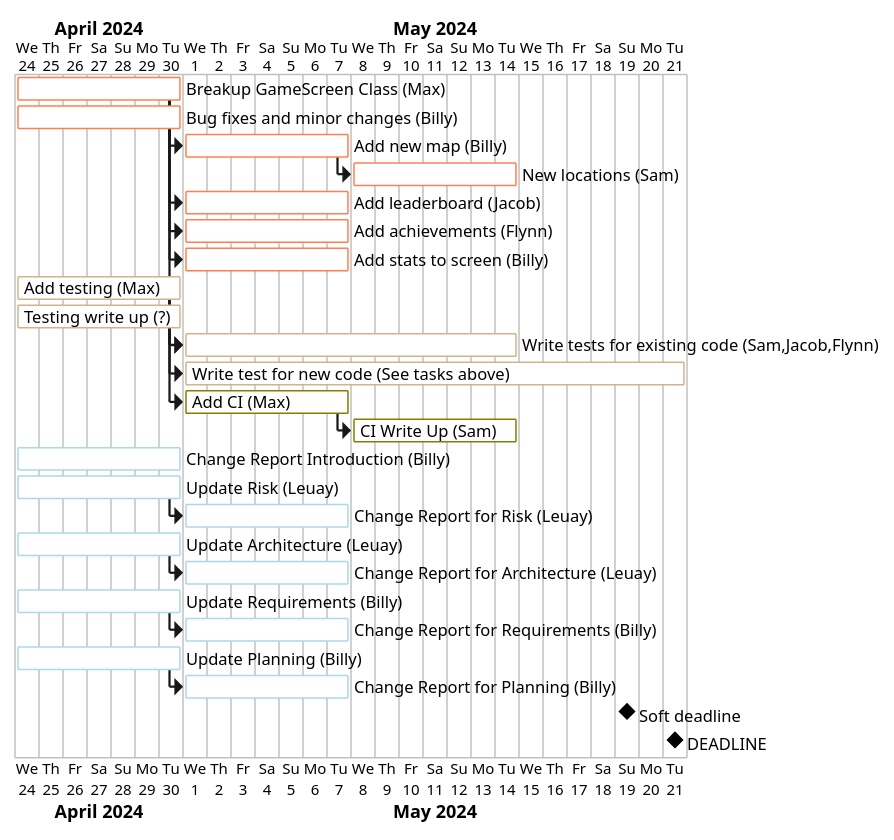
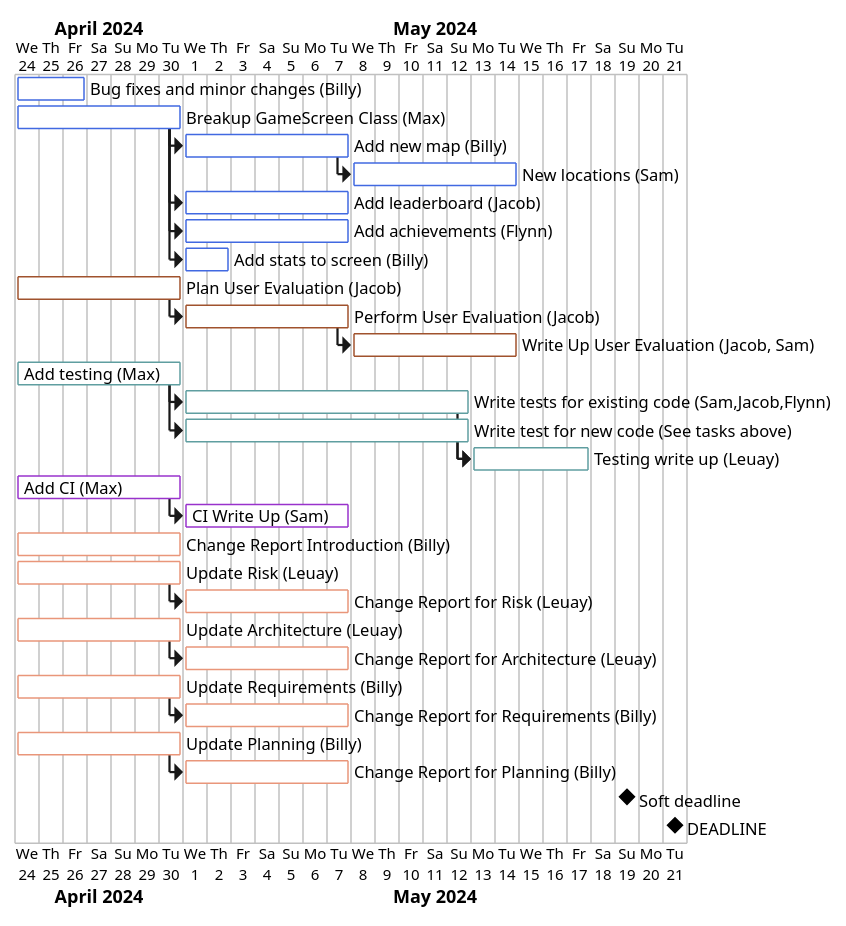
One commit to MaxIrv/Group-20-HesHus-Game changed the diagram in diagrams/initial.puml. Above: the diagram before and after it, drawn with PlantUML.

Commit message:
Updated the init gantt chart to be more clear and add user evaluaion.

```diff
--- a/diagrams/initial.puml
+++ b/diagrams/initial.puml
@@ -1,100 +1,120 @@
 @startgantt
 <style>
 ganttDiagram {
   task {
-    BackGroundColor LightCoral
-    LineColor Coral
+    BackGroundColor RoyalBlue
+    LineColor RoyalBlue
   }
 }
 </style>
 project starts on the 24th April 2024
 ' Implementation
+[Bug fixes and minor changes (Billy)] as [Bug fixes and minor changes] requires 3 days
 [Breakup GameScreen Class (Max)] as [Breakup GameScreen Class] requires 7 days
-[Bug fixes and minor changes (Billy)] as [Bug fixes and minor changes] requires 7 days
 [Add new map (Billy)] as [Add new map] starts at [Breakup GameScreen Class]'s end
 [Add new map] requires 7 days
 [New locations (Sam)] as [New locations] requires 7 days
 [New locations] starts at [Add new map]'s end
 [Add leaderboard (Jacob)] as [Add leaderboard] requires 7 days
 [Add leaderboard] starts at [Breakup GameScreen Class]'s end
 [Add achievements (Flynn)] as [Add achievements] requires 7 days
 [Add achievements] starts at [Breakup GameScreen Class]'s end
-[Add stats to screen (Billy)] as [Add stats] requires 7 days
+[Add stats to screen (Billy)] as [Add stats] requires 2 days
 [Add stats] starts at [Breakup GameScreen Class]'s end
 <style>
 ganttDiagram {
   task {
-    BackGroundColor Tan
-    LineColor Tan
+    BackGroundColor Sienna
+    LineColor Sienna
+  }
+}
+</style>
+[Plan User Evaluation (Jacob)] as [Plan User Evaluation] requires 7 days
+[Perform User Evaluation (Jacob)] as [Perform User Evaluation] requires 7 days
+[Perform User Evaluation] starts at [Plan User Evaluation]'s end
+[Write Up User Evaluation (Jacob, Sam)] as [Write Up User Evaluation] requires 7 days
+[Write Up User Evaluation] starts at [Perform User Evaluation]'s end
+
+<style>
+ganttDiagram {
+  task {
+    BackGroundColor CadetBlue
+    LineColor CadetBlue
   }
 }
 </style>
 [Add testing (Max)] as [Add testing] requires 7 days
-[Testing write up (?)] as [Testing write up] requires 7 days
-[Write tests for existing code (Sam,Jacob,Flynn)] as [Write tests for existing code] requires 14 days
+[Write tests for existing code (Sam,Jacob,Flynn)] as [Write tests for existing code] requires 12 days
 [Write tests for existing code] starts at [Add testing]'s end
-[Write tests for existing code] starts at [Breakup GameScreen Class]'s end
-[Write test for new code (See tasks above)] as [Write test for new code] requires 21 days
+[Write test for new code (See tasks above)] as [Write test for new code] requires 12 days
 [Write test for new code] starts at [Add testing]'s end
+[Testing write up (Leuay)] as [Testing write up] requires 5 days
+[Testing write up] starts at [Write tests for existing code]'s end
+[Testing write up] starts at [Write test for new code]'s end
 <style>
 ganttDiagram {
   task {
-    BackGroundColor Olive
-    LineColor Olive
+    BackGroundColor DarkOrchid
+    LineColor DarkOrchid
   }
 }
 </style>
 [Add CI (Max)] as [Add CI] requires 7 days
-[Add CI] starts at [Add testing]'s end
 [CI Write Up (Sam)] as [CI Write Up] requires 7 days
 [CI Write Up] starts at [Add CI]'s end
 <style>
 ganttDiagram {
   task {
-    BackGroundColor LightBlue
-    LineColor LightBlue
+    BackGroundColor DarkSalmon
+    LineColor DarkSalmon
   }
 }
 </style>
 [Change Report Introduction (Billy)] as [Change Report Introduction] requires 7 days
 [Update Risk (Leuay)] as [Update Risk] requires 7 days
 [Change Report for Risk (Leuay)] as [Change Report for Risk] requires 7 days
 [Update Architecture (Leuay)] as [Update Architecture] requires 7 days
 [Change Report for Architecture (Leuay)] as [Change Report for Architecture] requires 7 days
 [Update Requirements (Billy)] as [Update Requirements] requires 7 days
 [Change Report for Requirements (Billy)] as [Change Report for Requirements] requires 7 days
 [Update Planning (Billy)] as [Update Planning] requires 7 days
 [Change Report for Planning (Billy)] as [Change Report for Planning] requires 7 days
 
 [Change Report for Architecture] starts at [Update Architecture]'s end
 [Change Report for Requirements] starts at [Update Requirements]'s end
 [Change Report for Risk] starts at [Update Risk]'s end
 [Change Report for Planning] starts at [Update Planning]'s end
 
 [Soft deadline] happens at 2024-05-19
 [DEADLINE] happens at 2024-05-21
 
+[Breakup GameScreen Class] is 0% complete
+[Bug fixes and minor changes] is 0% complete
 [Add new map] is 0% complete
-[Bug fixes and minor changes] is 0% complete
-[Breakup GameScreen Class] is 0% complete
-[Testing write up] is 0% complete
 [New locations] is 0% complete
 [Add leaderboard] is 0% complete
 [Add achievements] is 0% complete
 [Add stats] is 0% complete
+
+[Plan User Evaluation] is 0% complete
+[Perform User Evaluation] is 0% complete
+[Write Up User Evaluation] is 0% complete
+
+[Testing write up] is 0% complete
 [Add testing] is 0% complete
 [Write tests for existing code] is 0% complete
 [Write test for new code] is 0% complete
 [Add CI] is 0% complete
 [CI Write Up] is 0% complete
 [Update Planning] is 0% complete
 [Update Risk] is 0% complete
 [Update Requirements] is 0% complete
 [Update Architecture] is 0% complete
 [Change Report for Architecture] is 0% complete
 [Change Report for Planning] is 0% complete
 [Change Report for Risk] is 0% complete
 [Change Report for Requirements] is 0% complete
 [Change Report Introduction] is 0% complete
 
+
 @endgantt
```
